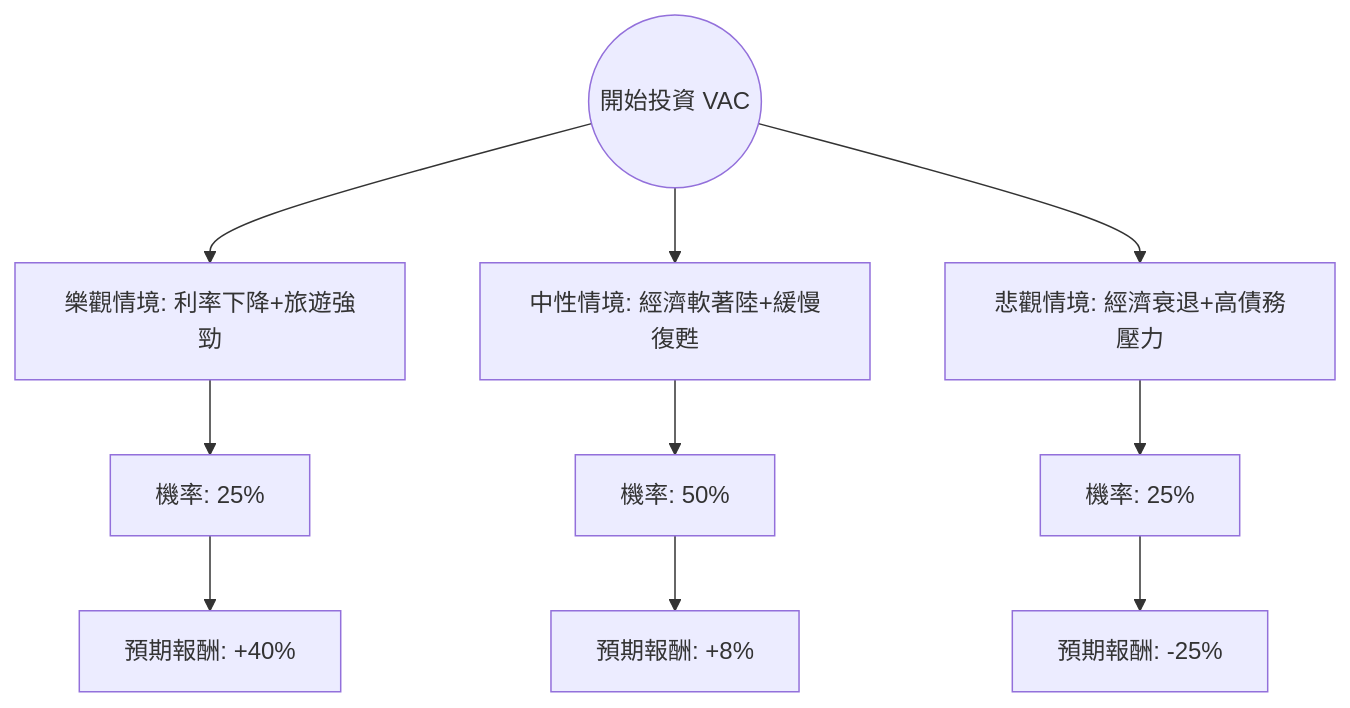
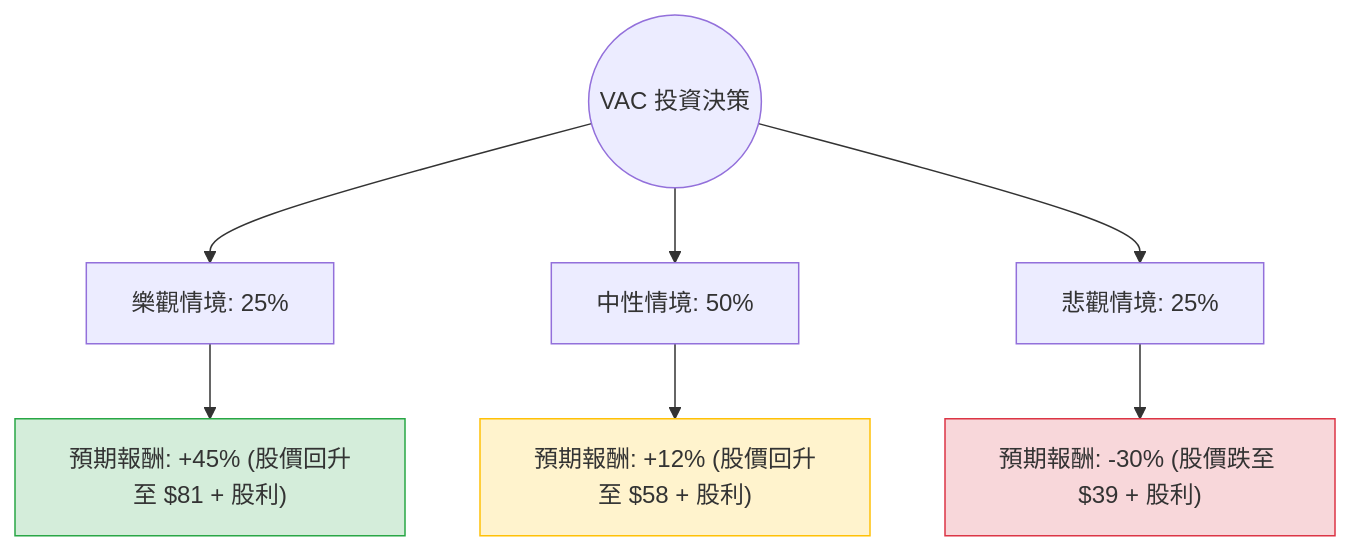
The diagram in plugin-react/ai-analysis/ev-analysis/VAC.md (zmcx16/zmcx16.github.io), drawn with Mermaid before and after one commit. The commit also changed other lines of this file and 85 other files, not shown here.

````diff
--- a/plugin-react/ai-analysis/ev-analysis/VAC.md
+++ b/plugin-react/ai-analysis/ev-analysis/VAC.md
@@ -19,15 +19,14 @@
 ```mermaid
 graph TD
-    Start((開始投資 VAC)) --> Bull[樂觀情境: 利率下降+旅遊強勁]
-    Start --> Base[中性情境: 經濟軟著陸+緩慢復甦]
-    Start --> Bear[悲觀情境: 經濟衰退+高債務壓力]
+    Start((VAC 投資決策)) --> Bull[樂觀情境: 25%]
+    Start --> Base[中性情境: 50%]
+    Start --> Bear[悲觀情境: 25%]
 
-    Bull --> Bull_P[機率: 25%]
-    Bull_P --> Bull_EV[預期報酬: +40%]
+    Bull --> Bull_EV["預期報酬: +45% (股價回升至 $81 + 股利)"]
+    Base --> Base_EV["預期報酬: +12% (股價回升至 $58 + 股利)"]
+    Bear --> Bear_EV["預期報酬: -30% (股價跌至 $39 + 股利)"]
 
-    Base --> Base_P[機率: 50%]
-    Base_P --> Base_EV[預期報酬: +8%]
-
-    Bear --> Bear_P[機率: 25%]
-    Bear_P --> Bear_EV[預期報酬: -25%]
+    style Bull_EV fill:#d4edda,stroke:#28a745
+    style Base_EV fill:#fff3cd,stroke:#ffc107
+    style Bear_EV fill:#f8d7da,stroke:#dc3545
 ```
````
